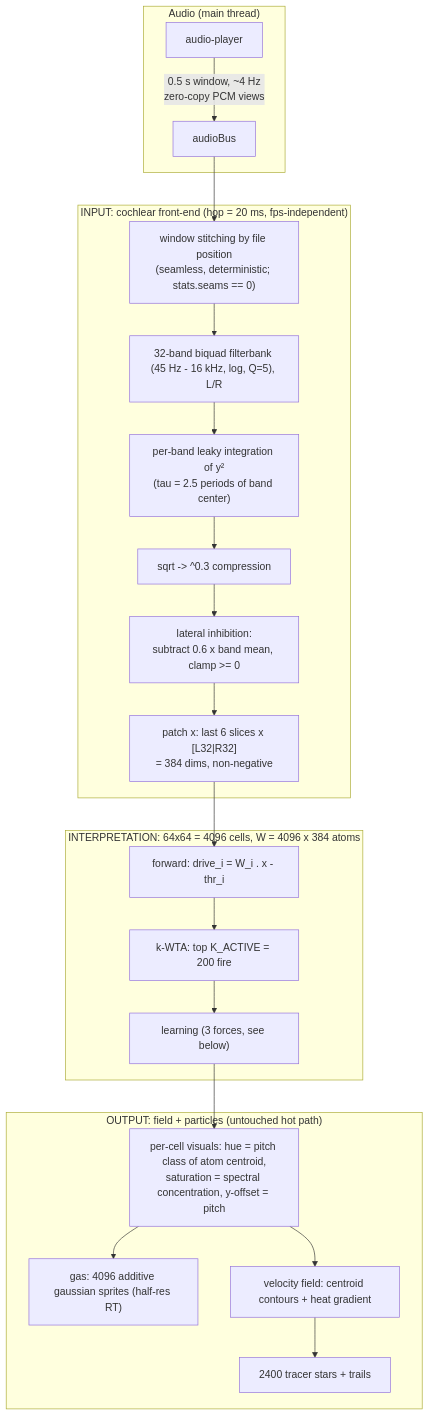
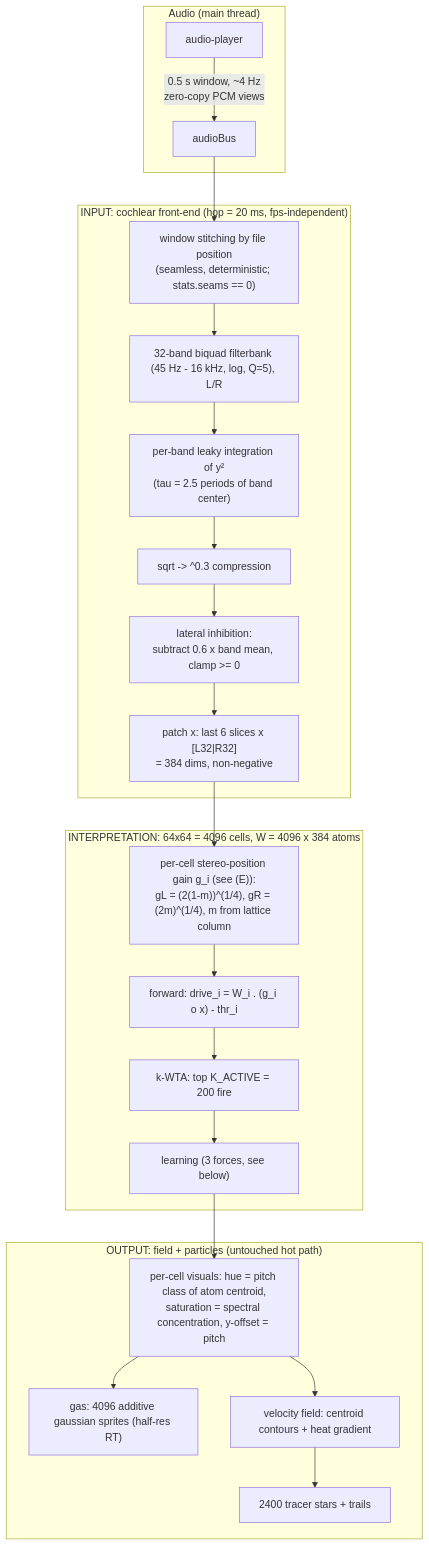
One commit to ContentsViewer/cloud-music-box changed the first of 3 diagrams in docs/sparse-cortex.md. Above: the diagram before and after it, drawn with Mermaid. The commit also changed other lines of this file and 1 other file, not shown here.

Commit message:
test stereo pan

````diff
--- a/docs/sparse-cortex.md
+++ b/docs/sparse-cortex.md
@@ -20,25 +20,26 @@
 ```mermaid
 flowchart TD
     subgraph AUDIO["Audio (main thread)"]
         AP[audio-player] -->|"0.5 s window, ~4 Hz<br/>zero-copy PCM views"| BUS[audioBus]
     end
     subgraph INPUT["INPUT: cochlear front-end (hop = 20 ms, fps-independent)"]
         BUS --> STITCH["window stitching by file position<br/>(seamless, deterministic; stats.seams == 0)"]
         STITCH --> FB["32-band biquad filterbank (45 Hz - 16 kHz, log, Q=5), L/R"]
         FB --> ENV["per-band leaky integration of y²<br/>(tau = 2.5 periods of band center)"]
         ENV --> CMP["sqrt -> ^0.3 compression"]
         CMP --> SHARP["lateral inhibition:<br/>subtract 0.6 x band mean, clamp >= 0"]
         SHARP --> PATCH["patch x: last 6 slices x [L32|R32]<br/>= 384 dims, non-negative"]
     end
     subgraph INTERP["INTERPRETATION: 64x64 = 4096 cells, W = 4096 x 384 atoms"]
-        PATCH --> FWD["forward: drive_i = W_i . x - thr_i"]
+        PATCH --> GAIN["per-cell stereo-position gain g_i (see (E)):<br/>gL = (2(1-m))^(1/4), gR = (2m)^(1/4), m from lattice column"]
+        GAIN --> FWD["forward: drive_i = W_i . (g_i o x) - thr_i"]
         FWD --> KWTA["k-WTA: top K_ACTIVE = 200 fire"]
         KWTA --> LEARN["learning (3 forces, see below)"]
     end
     subgraph OUTPUT["OUTPUT: field + particles (untouched hot path)"]
         LEARN --> VIS["per-cell visuals: hue = pitch class of atom centroid,<br/>saturation = spectral concentration, y-offset = pitch"]
         VIS --> GAS["gas: 4096 additive gaussian sprites (half-res RT)"]
         VIS --> FLOW["velocity field: centroid contours + heat gradient"]
         FLOW --> STARS["2400 tracer stars + trails"]
     end
 ```
````
